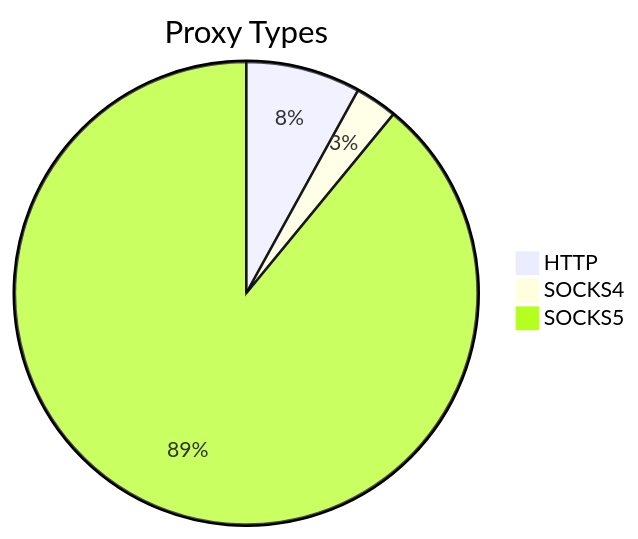
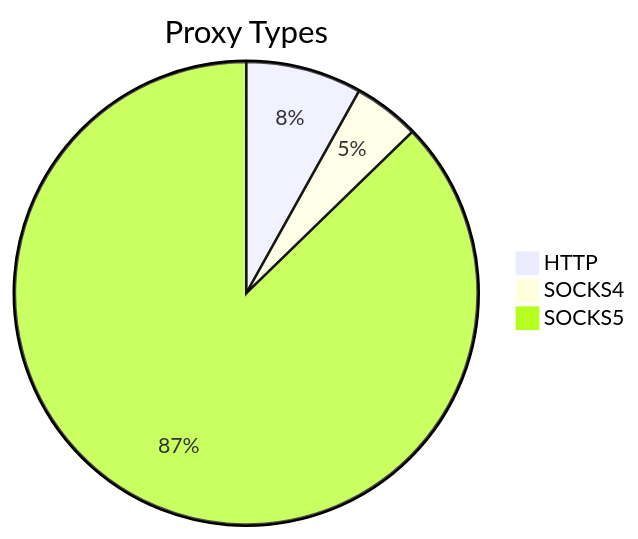
One commit to stormsia/proxy-list changed the first of 2 diagrams in README.md. Above: the diagram before and after it, drawn with Mermaid. The commit also changed other lines of this file, not shown here.

````diff
--- a/README.md
+++ b/README.md
@@ -21,6 +21,6 @@
 ```mermaid
 pie title Proxy Types
-    "HTTP" : 101
-    "SOCKS4" : 37
-    "SOCKS5" : 1122
+    "HTTP" : 161
+    "SOCKS4" : 92
+    "SOCKS5" : 1735
 ```
````
